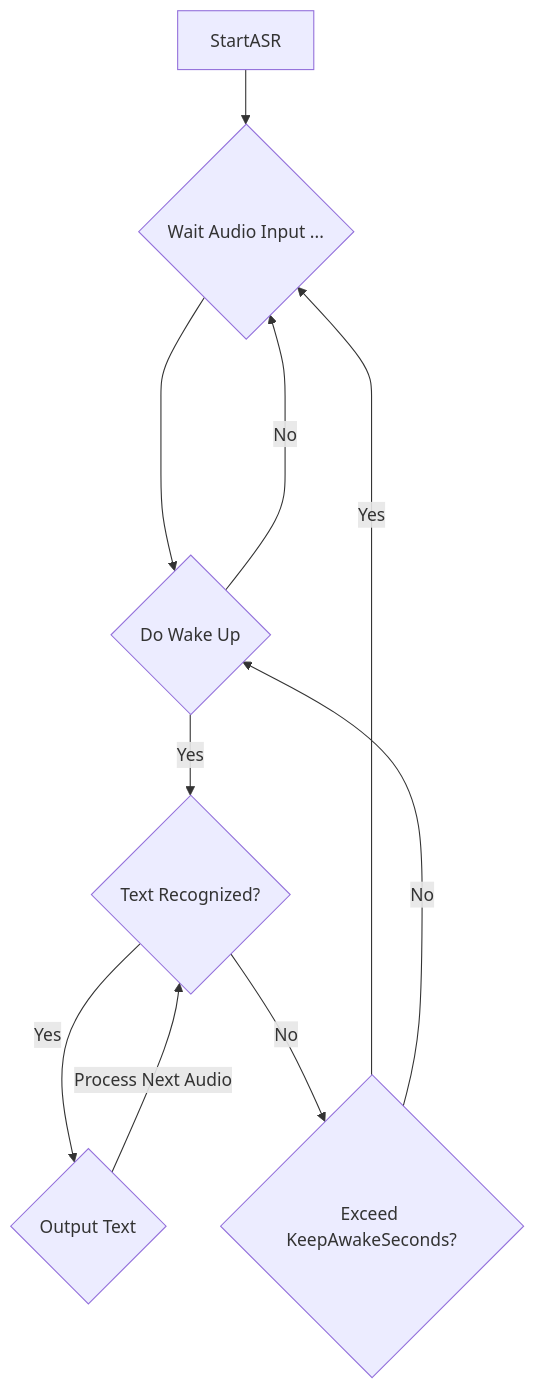
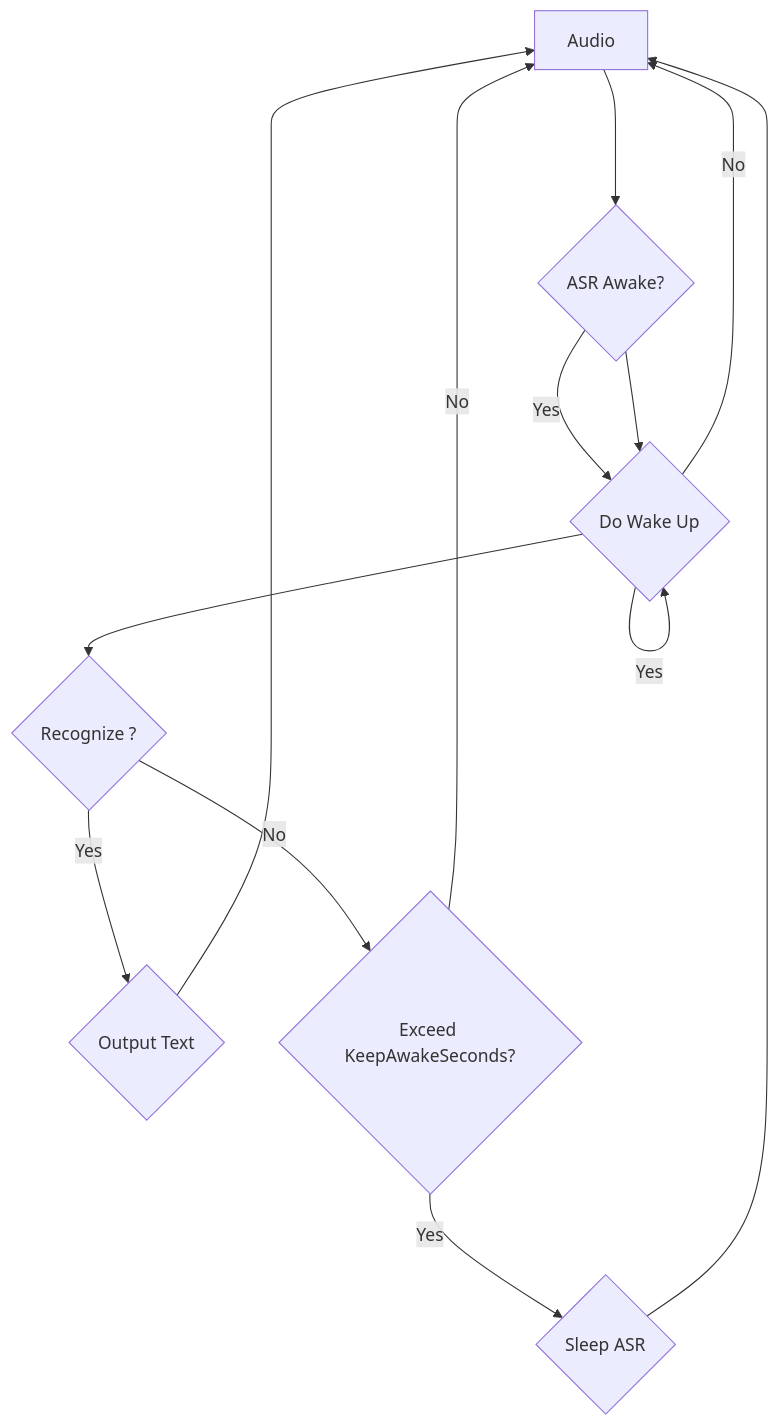
Before and after one commit to endink/Mediapipe4u-plugin: the diagram in docs/speech/wakeup.md, drawn with Mermaid.

````diff
--- a/docs/speech/wakeup.md
+++ b/docs/speech/wakeup.md
@@ -63,15 +63,19 @@
 ``` mermaid
 graph TD
-  A[StartASR] --> B{Wait Audio Input ...};
+  A[Audio] --> B{ASR Awake?};
+  B --> |Yes|C{ASR};
   B --> C{Do Wake Up};
-  C -->|Yes| D{Text Recognized?};
+  C -->|Yes| C
+  C --> D{Recognize ?}
 
   D -->|Yes| E{Output Text};
-  E -->|Process Next Audio|D
+  E --> A
  
   D -->|No| F{Exceed KeepAwakeSeconds?};
-  F --> |Yes| B
-  F --> |No| C
+
+  F --> |Yes| G{Sleep ASR}
+  G --> A
+  F --> |No| A
   
-  C ---->|No| B;
+  C ---->|No| A;
 ```
````
